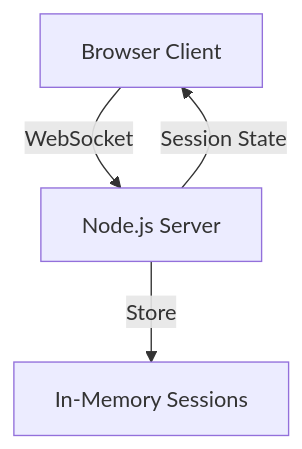
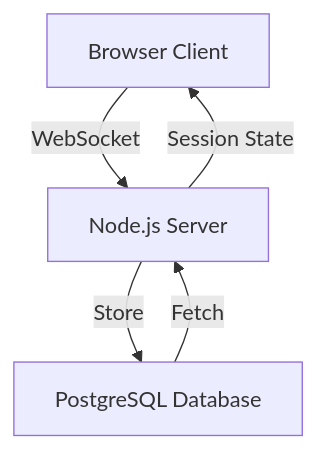
The diagram in README.md (benjiekibblewhite/scrum-poker), drawn with Mermaid before and after one commit. The commit also changed other lines of this file and 15 other files, not shown here.

First line of the commit message:
feat: migrate from in-memory storage to PostgreSQL with Prisma ORM

````diff
--- a/README.md
+++ b/README.md
@@ -7,6 +7,7 @@
 ```mermaid
 graph TD
     Client[Browser Client] -->|WebSocket| Server[Node.js Server]
     Server -->|Session State| Client
-    Server -->|Store| Memory[In-Memory Sessions]
+    Server -->|Store| Database[PostgreSQL Database]
+    Database -->|Fetch| Server
 ```
````
